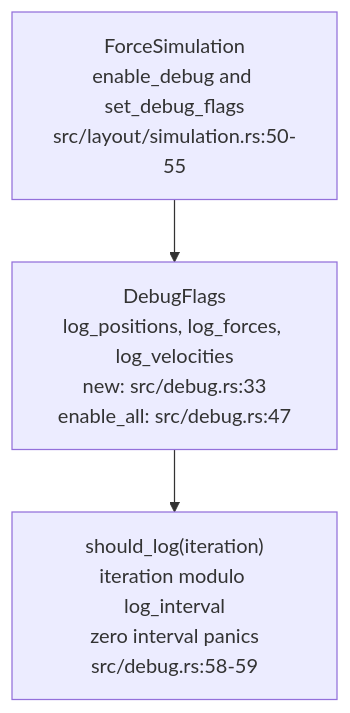
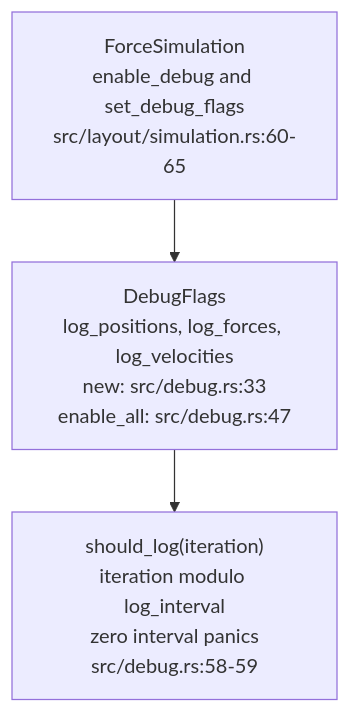
One commit to DreamLab-AI/VisionFlow changed the sixth of 6 diagrams in docs/diagrams/vowl-wasm/01-crate-composition-and-wasm-boundary.md. Above: the diagram before and after it, drawn with Mermaid. The commit also changed other lines of this file and 5 other files, not shown here.

First line of the commit message:
docs(diagrams): vowl-wasm re-verified at v0.4.0 (0779174)

````diff
--- a/docs/diagrams/vowl-wasm/01-crate-composition-and-wasm-boundary.md
+++ b/docs/diagrams/vowl-wasm/01-crate-composition-and-wasm-boundary.md
@@ -108,5 +109,5 @@
 ```mermaid
 flowchart TB
-    SIM["ForceSimulation<br/>enable_debug and set_debug_flags<br/>src/layout/simulation.rs:50-55"] --> FLAGS["DebugFlags<br/>log_positions, log_forces, log_velocities<br/>new: src/debug.rs:33<br/>enable_all: src/debug.rs:47"]
+    SIM["ForceSimulation<br/>enable_debug and set_debug_flags<br/>src/layout/simulation.rs:60-65"] --> FLAGS["DebugFlags<br/>log_positions, log_forces, log_velocities<br/>new: src/debug.rs:33<br/>enable_all: src/debug.rs:47"]
     FLAGS --> LOG["should_log(iteration)<br/>iteration modulo log_interval<br/>zero interval panics<br/>src/debug.rs:58-59"]
 ```
````
